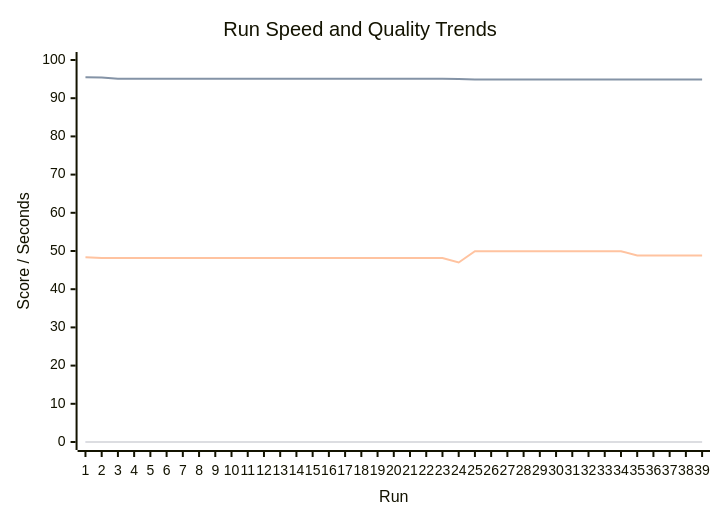
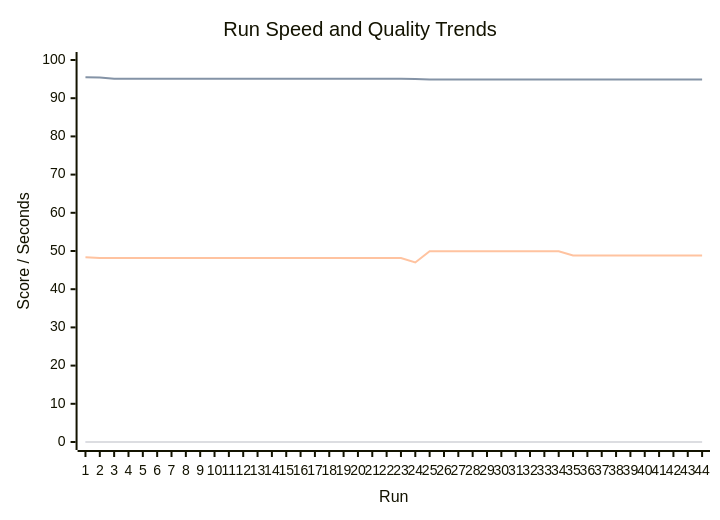
The first of 2 diagrams in reports-versioned/aggregated/run-results-dashboard.md (Jit-Paul-2008/Hexamind), drawn with Mermaid before and after one commit. The commit also changed other lines of this file and 69 other files, not shown here.

````diff
--- a/reports-versioned/aggregated/run-results-dashboard.md
+++ b/reports-versioned/aggregated/run-results-dashboard.md
@@ -11,11 +11,11 @@
 ```mermaid
 xychart-beta
     title "Run Speed and Quality Trends"
-    x-axis "Run" [1, 2, 3, 4, 5, 6, 7, 8, 9, 10, 11, 12, 13, 14, 15, 16, 17, 18, 19, 20, 21, 22, 23, 24, 25, 26, 27, 28, 29, 30, 31, 32, 33, 34, 35, 36, 37, 38, 39]
+    x-axis "Run" [1, 2, 3, 4, 5, 6, 7, 8, 9, 10, 11, 12, 13, 14, 15, 16, 17, 18, 19, 20, 21, 22, 23, 24, 25, 26, 27, 28, 29, 30, 31, 32, 33, 34, 35, 36, 37, 38, 39, 40, 41, 42, 43, 44]
     y-axis "Score / Seconds" 0 --> 100
-    line "Accuracy" [0.0, 0.0, 0.0, 0.0, 0.0, 0.0, 0.0, 0.0, 0.0, 0.0, 0.0, 0.0, 0.0, 0.0, 0.0, 0.0, 0.0, 0.0, 0.0, 0.0, 0.0, 0.0, 0.0, 0.0, 0.0, 0.0, 0.0, 0.0, 0.0, 0.0, 0.0, 0.0, 0.0, 0.0, 0.0, 0.0, 0.0, 0.0, 0.0]
-    line "Human-like" [95.51, 95.42, 95.12, 95.12, 95.12, 95.12, 95.12, 95.12, 95.12, 95.12, 95.12, 95.12, 95.12, 95.12, 95.12, 95.12, 95.12, 95.12, 95.12, 95.12, 95.12, 95.12, 95.12, 95.02, 94.92, 94.92, 94.91, 94.91, 94.91, 94.91, 94.91, 94.91, 94.91, 94.91, 94.91, 94.91, 94.91, 94.91, 94.91]
-    line "Usefulness" [48.39, 48.2, 48.17, 48.17, 48.17, 48.17, 48.17, 48.17, 48.17, 48.17, 48.17, 48.17, 48.17, 48.17, 48.17, 48.17, 48.17, 48.17, 48.17, 48.17, 48.17, 48.17, 48.17, 47.0, 49.95, 49.95, 49.95, 49.95, 49.95, 49.95, 49.95, 49.95, 49.95, 49.95, 48.83, 48.83, 48.83, 48.83, 48.83]
-    line "HumanReview" [0.0, 0.0, 0.0, 0.0, 0.0, 0.0, 0.0, 0.0, 0.0, 0.0, 0.0, 0.0, 0.0, 0.0, 0.0, 0.0, 0.0, 0.0, 0.0, 0.0, 0.0, 0.0, 0.0, 0.0, 0.0, 0.0, 0.0, 0.0, 0.0, 0.0, 0.0, 0.0, 0.0, 0.0, 0.0, 0.0, 0.0, 0.0, 0.0]
-    line "SpeedSeconds" [187.48, 238.47, 237.45, 236.94, 236.7, 236.62, 236.35, 236.35, 236.43, 236.48, 236.36, 236.37, 236.38, 236.58, 236.46, 236.59, 236.56, 236.52, 236.52, 236.42, 236.44, 236.67, 237.16, 236.71, 235.91, 236.19, 235.87, 235.0, 235.01, 234.94, 234.99, 235.07, 235.17, 235.66, 235.28, 235.4, 235.01, 235.0, 235.78]
+    line "Accuracy" [0.0, 0.0, 0.0, 0.0, 0.0, 0.0, 0.0, 0.0, 0.0, 0.0, 0.0, 0.0, 0.0, 0.0, 0.0, 0.0, 0.0, 0.0, 0.0, 0.0, 0.0, 0.0, 0.0, 0.0, 0.0, 0.0, 0.0, 0.0, 0.0, 0.0, 0.0, 0.0, 0.0, 0.0, 0.0, 0.0, 0.0, 0.0, 0.0, 0.0, 0.0, 0.0, 0.0, 0.0]
+    line "Human-like" [95.51, 95.42, 95.12, 95.12, 95.12, 95.12, 95.12, 95.12, 95.12, 95.12, 95.12, 95.12, 95.12, 95.12, 95.12, 95.12, 95.12, 95.12, 95.12, 95.12, 95.12, 95.12, 95.12, 95.02, 94.92, 94.92, 94.91, 94.91, 94.91, 94.91, 94.91, 94.91, 94.91, 94.91, 94.91, 94.91, 94.91, 94.91, 94.91, 94.91, 94.91, 94.91, 94.91, 94.91]
+    line "Usefulness" [48.39, 48.2, 48.17, 48.17, 48.17, 48.17, 48.17, 48.17, 48.17, 48.17, 48.17, 48.17, 48.17, 48.17, 48.17, 48.17, 48.17, 48.17, 48.17, 48.17, 48.17, 48.17, 48.17, 47.0, 49.95, 49.95, 49.95, 49.95, 49.95, 49.95, 49.95, 49.95, 49.95, 49.95, 48.83, 48.83, 48.83, 48.83, 48.83, 48.83, 48.83, 48.83, 48.83, 48.83]
+    line "HumanReview" [0.0, 0.0, 0.0, 0.0, 0.0, 0.0, 0.0, 0.0, 0.0, 0.0, 0.0, 0.0, 0.0, 0.0, 0.0, 0.0, 0.0, 0.0, 0.0, 0.0, 0.0, 0.0, 0.0, 0.0, 0.0, 0.0, 0.0, 0.0, 0.0, 0.0, 0.0, 0.0, 0.0, 0.0, 0.0, 0.0, 0.0, 0.0, 0.0, 0.0, 0.0, 0.0, 0.0, 0.0]
+    line "SpeedSeconds" [187.48, 238.47, 237.45, 236.94, 236.7, 236.62, 236.35, 236.35, 236.43, 236.48, 236.36, 236.37, 236.38, 236.58, 236.46, 236.59, 236.56, 236.52, 236.52, 236.42, 236.44, 236.67, 237.16, 236.71, 235.91, 236.19, 235.87, 235.0, 235.01, 234.94, 234.99, 235.07, 235.17, 235.66, 235.28, 235.4, 235.01, 235.0, 235.78, 235.7, 236.28, 236.19, 236.27, 236.18]
 ```
````
